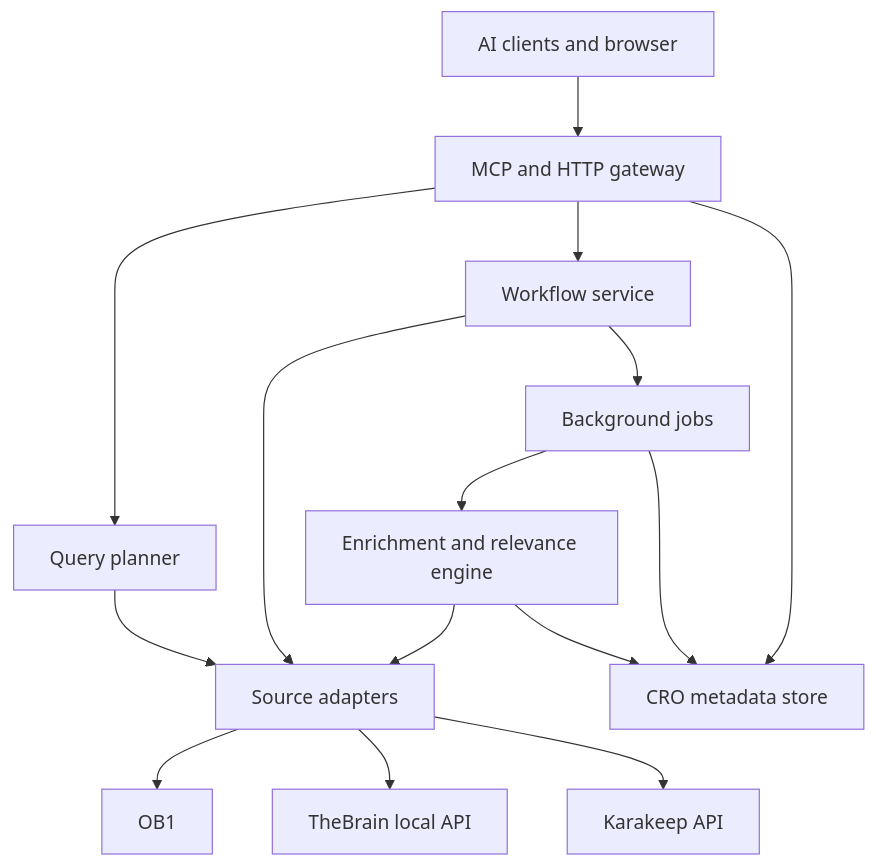
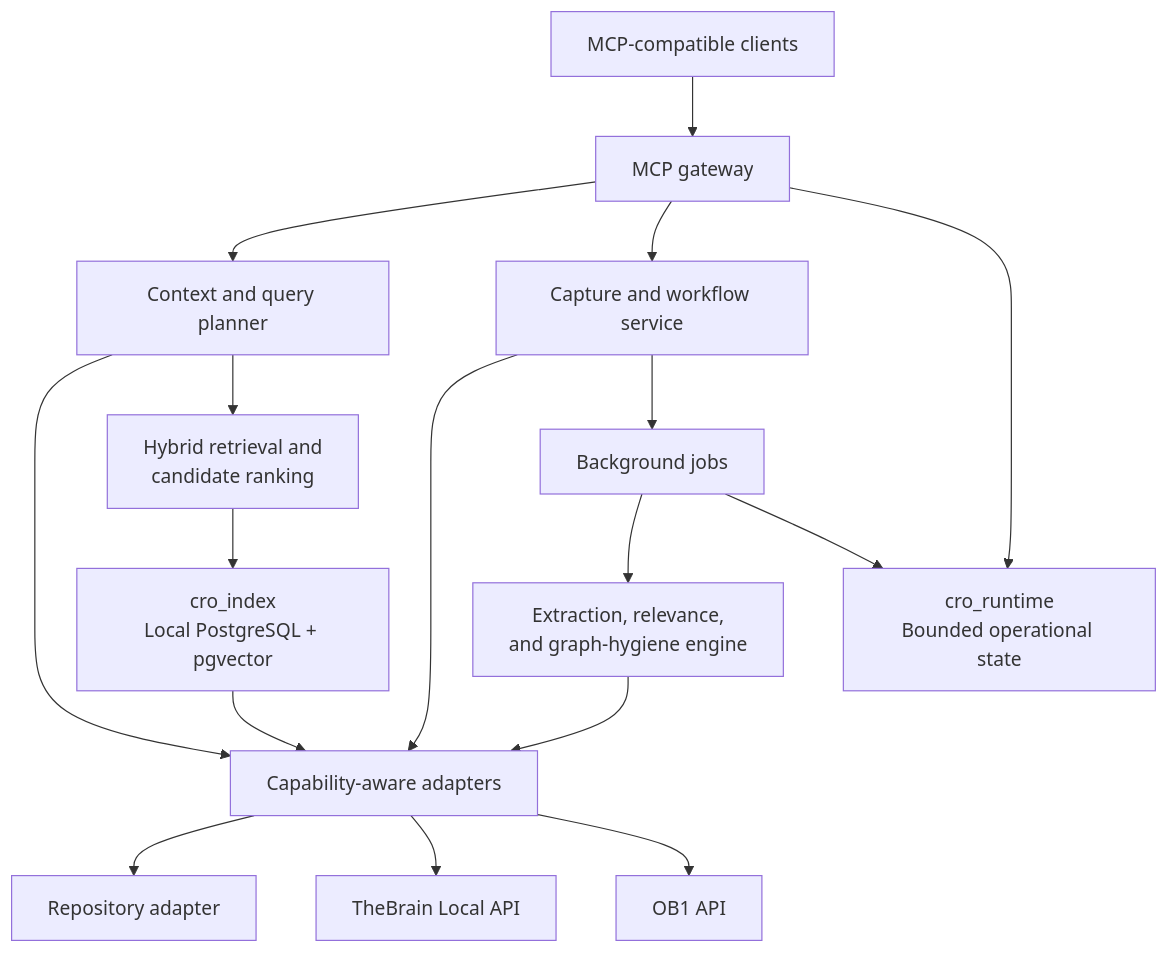
Before and after one commit to KeithBarrows/Cognitive-Research-Orchestrator: the diagram in docs/architecture/02-logical-architecture.mmd, drawn with Mermaid. The commit also changed 13 other files, not shown here.

First line of the commit message:
📐 Establish CRO architecture and capability baseline

```diff
--- a/docs/architecture/02-logical-architecture.mmd
+++ b/docs/architecture/02-logical-architecture.mmd
@@ -1,15 +1,17 @@
 flowchart TB
-    C["AI clients and browser"] --> G["MCP and HTTP gateway"]
-    G --> Q["Query planner"]
-    G --> W["Workflow service"]
-    Q --> A["Source adapters"]
+    C["MCP-compatible clients"] --> G["MCP gateway"]
+    G --> Q["Context and query planner"]
+    G --> W["Capture and workflow service"]
+    Q --> A["Capability-aware adapters"]
     W --> A
-    A --> O["OB1"]
-    A --> T["TheBrain local API"]
-    A --> K["Karakeep API"]
+    Q --> H["Hybrid retrieval and<br/>candidate ranking"]
+    H --> I["cro_index<br/>Local PostgreSQL + pgvector"]
+    I --> A
+    A --> R["Repository adapter"]
+    A --> T["TheBrain Local API"]
+    A --> O["OB1 API"]
     W --> J["Background jobs"]
-    J --> E["Enrichment and relevance engine"]
+    J --> E["Extraction, relevance,<br/>and graph-hygiene engine"]
     E --> A
-    G --> D["CRO metadata store"]
+    G --> D["cro_runtime<br/>Bounded operational state"]
     J --> D
-    E --> D
```
